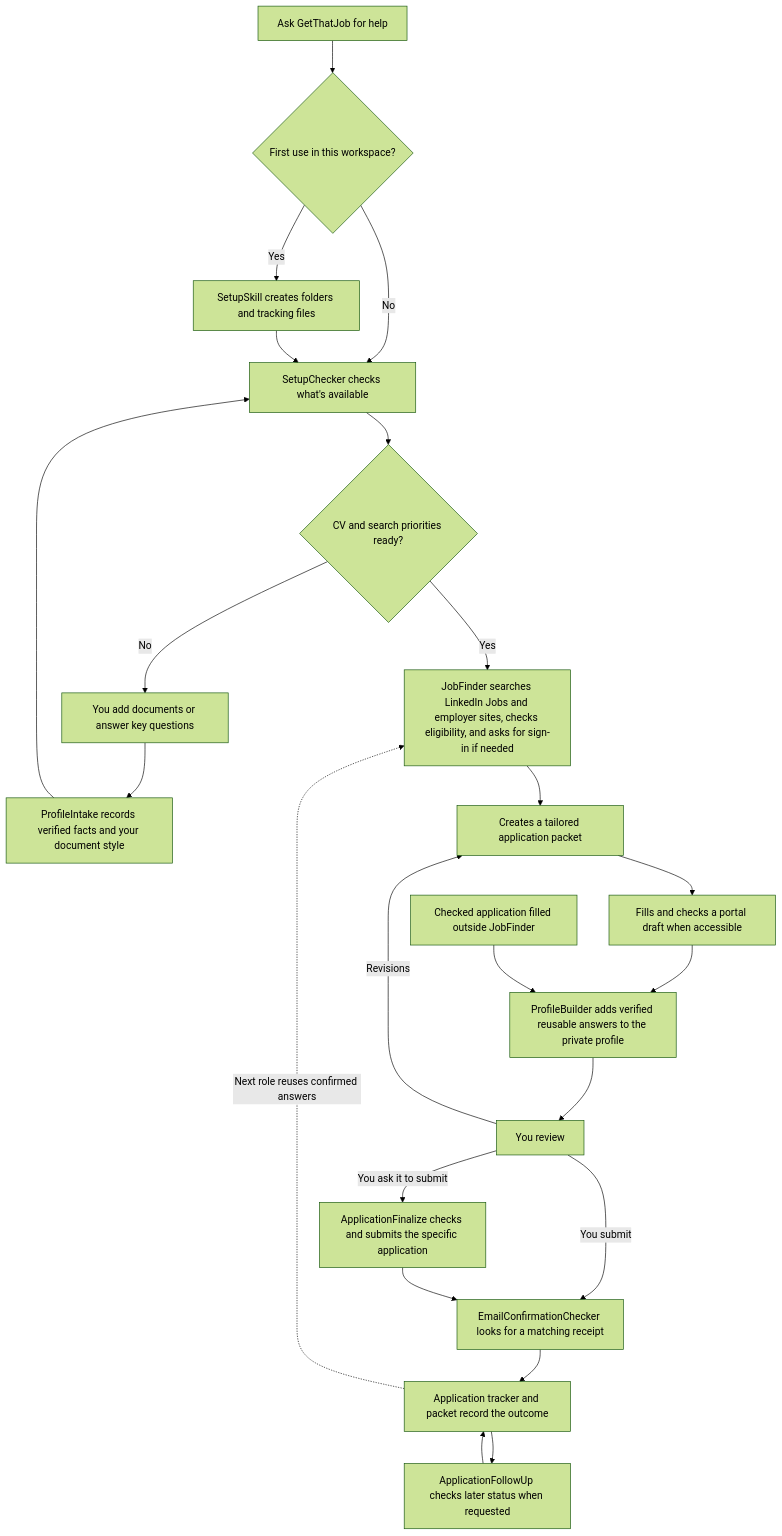
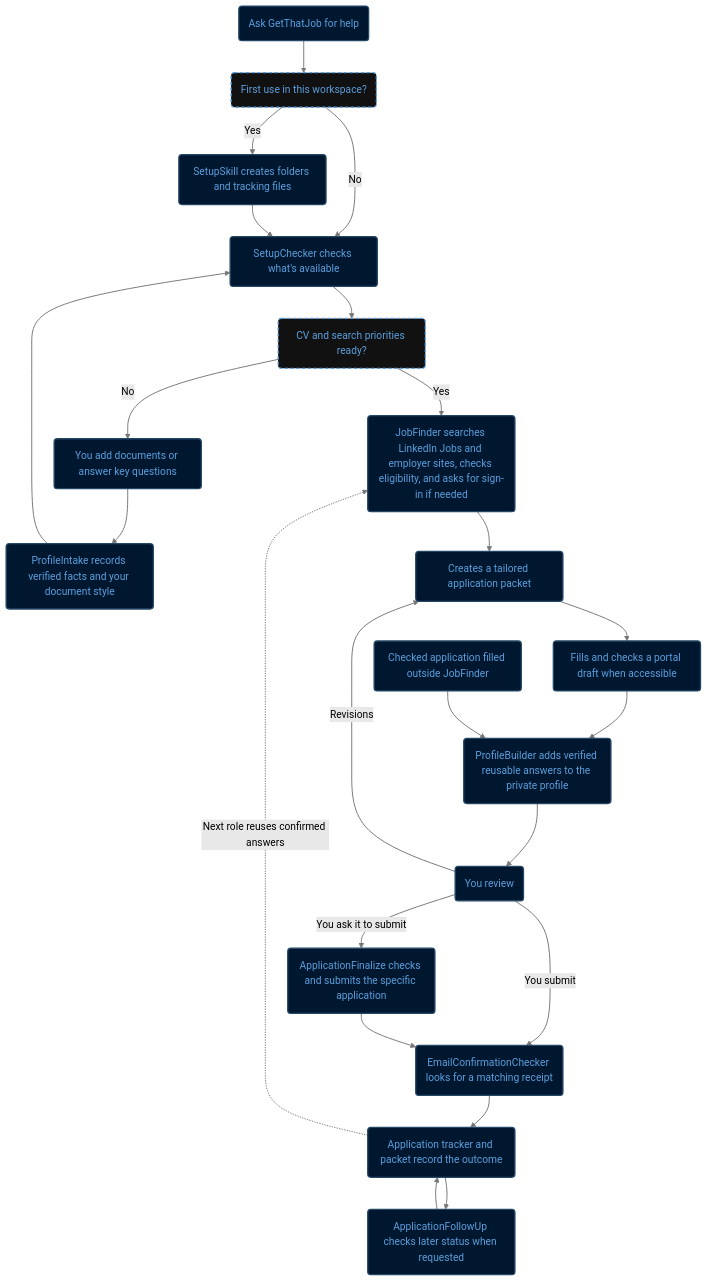
The diagram in README.md (YazanMahaini/GetThatJob), drawn with Mermaid (forest theme) before and after one commit. The commit also changed 1 other file, not shown here.

Commit message:
Match workflow diagram to blue GetThatJob styling

````diff
--- a/README.md
+++ b/README.md
@@ -9,25 +9,31 @@
 ```mermaid
 flowchart TD
-    A["Ask GetThatJob for help"] --> B{"First use in this workspace?"}
-    B -- Yes --> C["SetupSkill creates folders and tracking files"]
-    B -- No --> D["SetupChecker checks what's available"]
+    A("Ask GetThatJob for help") --> B("First use in this workspace?")
+    B -- Yes --> C("SetupSkill creates folders and tracking files")
+    B -- No --> D("SetupChecker checks what's available")
     C --> D
-    D --> E{"CV and search priorities ready?"}
-    E -- No --> F["You add documents or answer key questions"]
-    F --> G["ProfileIntake records verified facts and your document style"]
+    D --> E("CV and search priorities ready?")
+    E -- No --> F("You add documents or answer key questions")
+    F --> G("ProfileIntake records verified facts and your document style")
     G --> D
-    E -- Yes --> H["JobFinder searches LinkedIn Jobs and employer sites, checks eligibility, and asks for sign-in if needed"]
-    H --> I["Creates a tailored application packet"]
-    I --> J["Fills and checks a portal draft when accessible"]
-    J --> P["ProfileBuilder adds verified reusable answers to the private profile"]
-    X["Checked application filled outside JobFinder"] --> P
-    P --> K["You review"]
+    E -- Yes --> H("JobFinder searches LinkedIn Jobs and employer sites, checks eligibility, and asks for sign-in if needed")
+    H --> I("Creates a tailored application packet")
+    I --> J("Fills and checks a portal draft when accessible")
+    J --> P("ProfileBuilder adds verified reusable answers to the private profile")
+    X("Checked application filled outside JobFinder") --> P
+    P --> K("You review")
     K -- Revisions --> I
-    K -- You submit --> M["EmailConfirmationChecker looks for a matching receipt"]
-    K -- You ask it to submit --> L["ApplicationFinalize checks and submits the specific application"]
+    K -- You submit --> M("EmailConfirmationChecker looks for a matching receipt")
+    K -- You ask it to submit --> L("ApplicationFinalize checks and submits the specific application")
     L --> M
-    M --> N["Application tracker and packet record the outcome"]
-    N --> O["ApplicationFollowUp checks later status when requested"]
+    M --> N("Application tracker and packet record the outcome")
+    N --> O("ApplicationFollowUp checks later status when requested")
     O --> N
     N -.->|Next role reuses confirmed answers| H
+
+    classDef step fill:#00182f,stroke:#244766,color:#5c9fde,stroke-width:2px;
+    classDef decision fill:#111111,stroke:#5c9fde,color:#5c9fde,stroke-width:2px,stroke-dasharray:5 4;
+    class A,C,D,F,G,H,I,J,P,X,K,L,M,N,O step;
+    class B,E decision;
+    linkStyle default stroke:#777777,stroke-width:1.5px;
 ```
````
